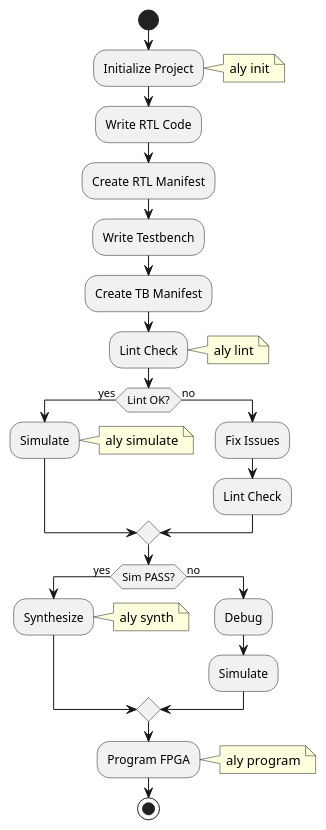
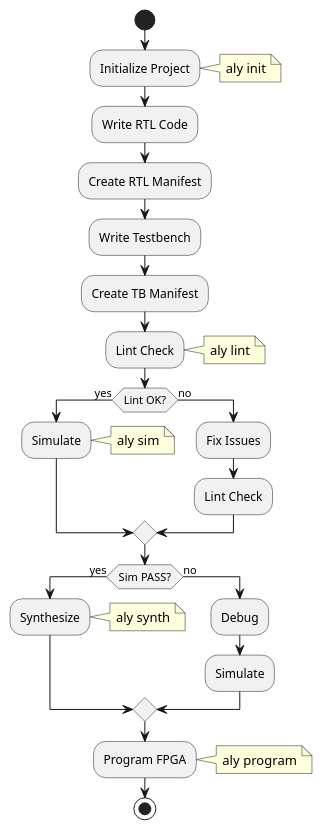
Before and after one commit to RWU-SOC/aly-tool: the diagram in docs/source/quickstart.rst, drawn with PlantUML. The commit also changed other lines of this file and 6 other files, not shown here.

```diff
--- a/docs/source/quickstart.rst
+++ b/docs/source/quickstart.rst
@@ -199,41 +199,41 @@
 .. uml::
    :align: center
    :caption: ALY Development Workflow
 
    @startuml
    skinparam backgroundColor transparent
    skinparam defaultFontName sans-serif
 
    start
    :Initialize Project;
    note right: aly init
 
    :Write RTL Code;
    :Create RTL Manifest;
 
    :Write Testbench;
    :Create TB Manifest;
 
    :Lint Check;
    note right: aly lint
 
    if (Lint OK?) then (yes)
      :Simulate;
-     note right: aly simulate
+     note right: aly sim
    else (no)
      :Fix Issues;
      :Lint Check;
    endif
 
    if (Sim PASS?) then (yes)
      :Synthesize;
      note right: aly synth
    else (no)
      :Debug;
      :Simulate;
    endif
 
    :Program FPGA;
    note right: aly program
    stop
    @enduml
```
